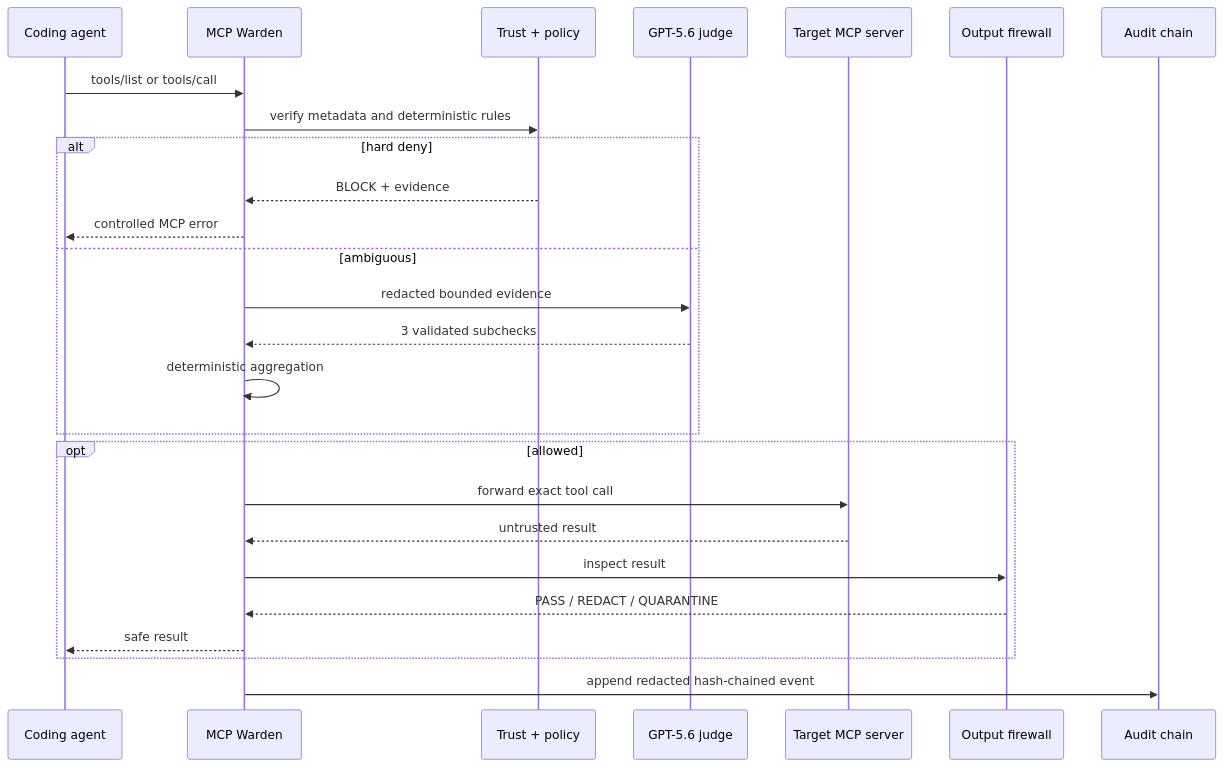
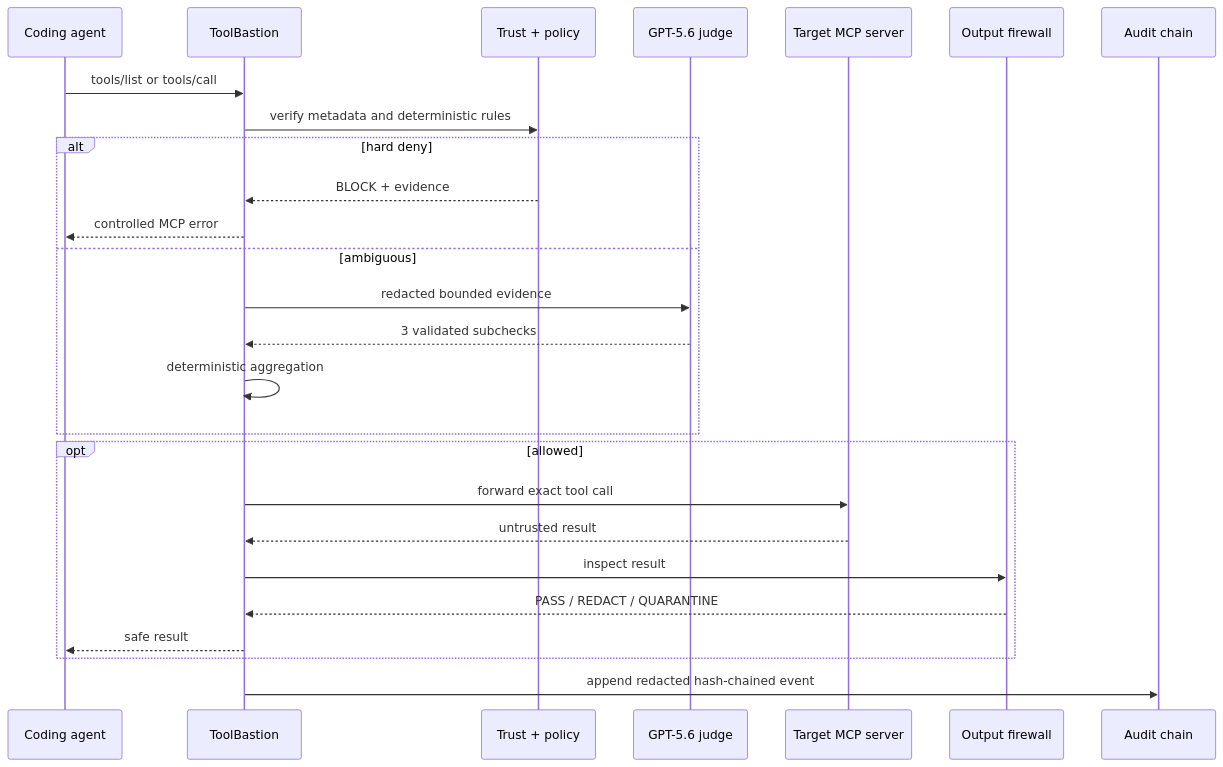
One commit to MaharMuavia/toolbastion changed the first of 2 diagrams in docs/architecture.md. Above: the diagram before and after it, drawn with Mermaid. The commit also changed other lines of this file and 92 other files, not shown here.

Commit message:
Launch ToolBastion security gateway

````diff
--- a/docs/architecture.md
+++ b/docs/architecture.md
@@ -7,28 +7,28 @@
 ```mermaid
 sequenceDiagram
   participant Agent as Coding agent
-  participant Warden as MCP Warden
+  participant ToolBastion as ToolBastion
   participant Trust as Trust + policy
   participant Judge as GPT-5.6 judge
   participant Target as Target MCP server
   participant Output as Output firewall
   participant Audit as Audit chain
-  Agent->>Warden: tools/list or tools/call
-  Warden->>Trust: verify metadata and deterministic rules
+  Agent->>ToolBastion: tools/list or tools/call
+  ToolBastion->>Trust: verify metadata and deterministic rules
   alt hard deny
-    Trust-->>Warden: BLOCK + evidence
-    Warden-->>Agent: controlled MCP error
+    Trust-->>ToolBastion: BLOCK + evidence
+    ToolBastion-->>Agent: controlled MCP error
   else ambiguous
-    Warden->>Judge: redacted bounded evidence
-    Judge-->>Warden: 3 validated subchecks
-    Warden->>Warden: deterministic aggregation
+    ToolBastion->>Judge: redacted bounded evidence
+    Judge-->>ToolBastion: 3 validated subchecks
+    ToolBastion->>ToolBastion: deterministic aggregation
   end
   opt allowed
-    Warden->>Target: forward exact tool call
-    Target-->>Warden: untrusted result
-    Warden->>Output: inspect result
-    Output-->>Warden: PASS / REDACT / QUARANTINE
-    Warden-->>Agent: safe result
+    ToolBastion->>Target: forward exact tool call
+    Target-->>ToolBastion: untrusted result
+    ToolBastion->>Output: inspect result
+    Output-->>ToolBastion: PASS / REDACT / QUARANTINE
+    ToolBastion-->>Agent: safe result
   end
-  Warden->>Audit: append redacted hash-chained event
+  ToolBastion->>Audit: append redacted hash-chained event
 ```
````
